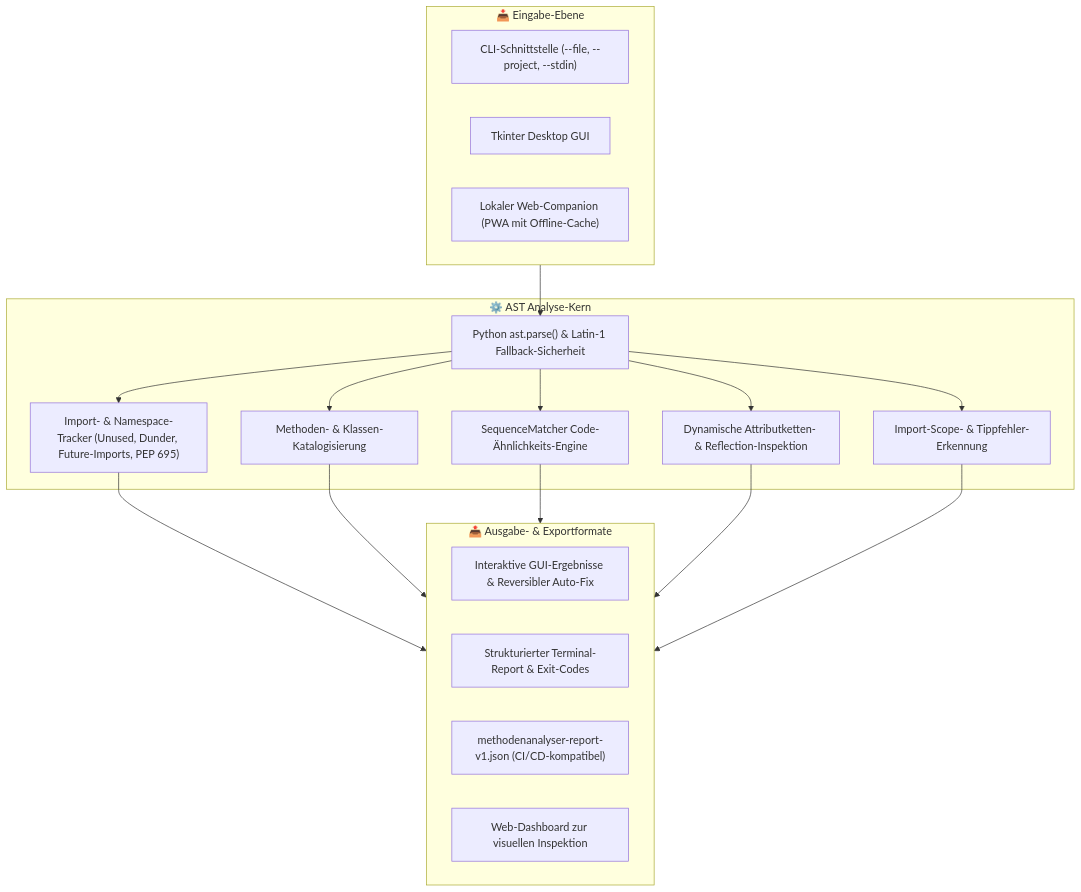
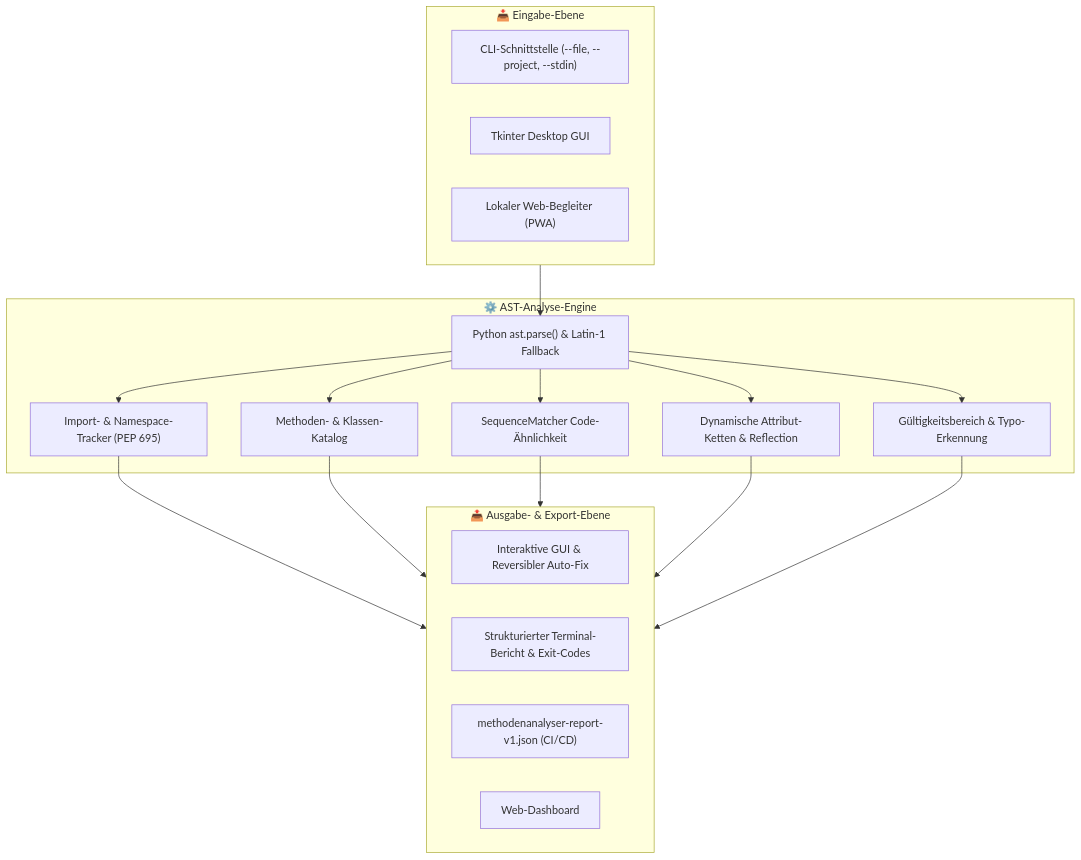
Before and after one commit to dev-bricks/MethodenAnalyser: the first of 2 diagrams in README_de.md, drawn with Mermaid. The commit also changed other lines of this file and 9 other files, not shown here.

````diff
--- a/README_de.md
+++ b/README_de.md
@@ -97,28 +375,28 @@
 ```mermaid
 flowchart TD
     subgraph Input["📥 Eingabe-Ebene"]
         CLI["CLI-Schnittstelle (--file, --project, --stdin)"]
         GUI["Tkinter Desktop GUI"]
-        WebHelper["Lokaler Web-Companion (PWA mit Offline-Cache)"]
+        WebHelper["Lokaler Web-Begleiter (PWA)"]
     end
 
-    subgraph Core["⚙️ AST Analyse-Kern"]
-        Parser["Python ast.parse() & Latin-1 Fallback-Sicherheit"]
-        Imports["Import- & Namespace-Tracker (Unused, Dunder, Future-Imports, PEP 695)"]
-        Methods["Methoden- & Klassen-Katalogisierung"]
-        Duplicates["SequenceMatcher Code-Ähnlichkeits-Engine"]
-        Dynamic["Dynamische Attributketten- & Reflection-Inspektion"]
-        Scope["Import-Scope- & Tippfehler-Erkennung"]
+    subgraph Core["⚙️ AST-Analyse-Engine"]
+        Parser["Python ast.parse() & Latin-1 Fallback"]
+        Imports["Import- & Namespace-Tracker (PEP 695)"]
+        Methods["Methoden- & Klassen-Katalog"]
+        Duplicates["SequenceMatcher Code-Ähnlichkeit"]
+        Dynamic["Dynamische Attribut-Ketten & Reflection"]
+        Scope["Gültigkeitsbereich & Typo-Erkennung"]
     end
 
-    subgraph Output["📤 Ausgabe- & Exportformate"]
-        GUISummary["Interaktive GUI-Ergebnisse & Reversibler Auto-Fix"]
-        CLIText["Strukturierter Terminal-Report & Exit-Codes"]
-        JSONExport["methodenanalyser-report-v1.json (CI/CD-kompatibel)"]
-        BrowserUI["Web-Dashboard zur visuellen Inspektion"]
+    subgraph Output["📤 Ausgabe- & Export-Ebene"]
+        GUISummary["Interaktive GUI & Reversibler Auto-Fix"]
+        CLIText["Strukturierter Terminal-Bericht & Exit-Codes"]
+        JSONExport["methodenanalyser-report-v1.json (CI/CD)"]
+        BrowserUI["Web-Dashboard"]
     end
 
     Input --> Parser
     Parser --> Imports & Methods & Duplicates & Dynamic & Scope
     Imports & Methods & Duplicates & Dynamic & Scope --> Output
 ```
````
